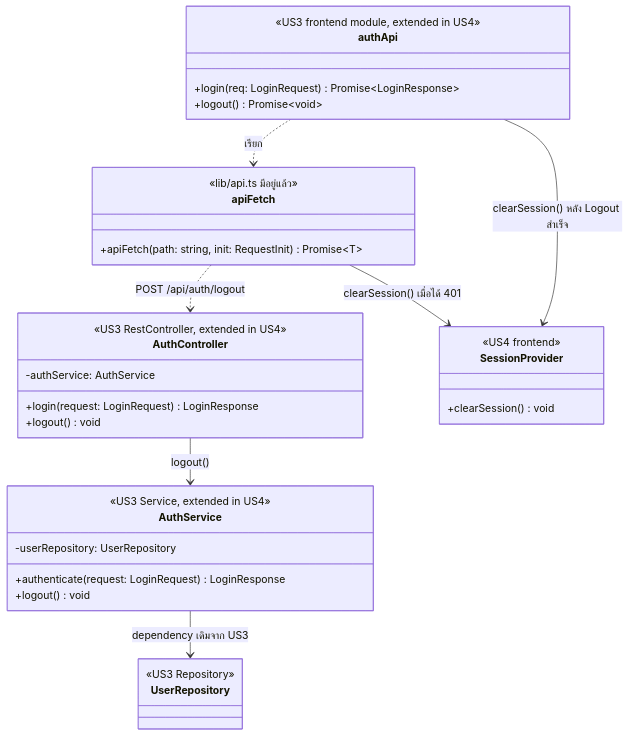
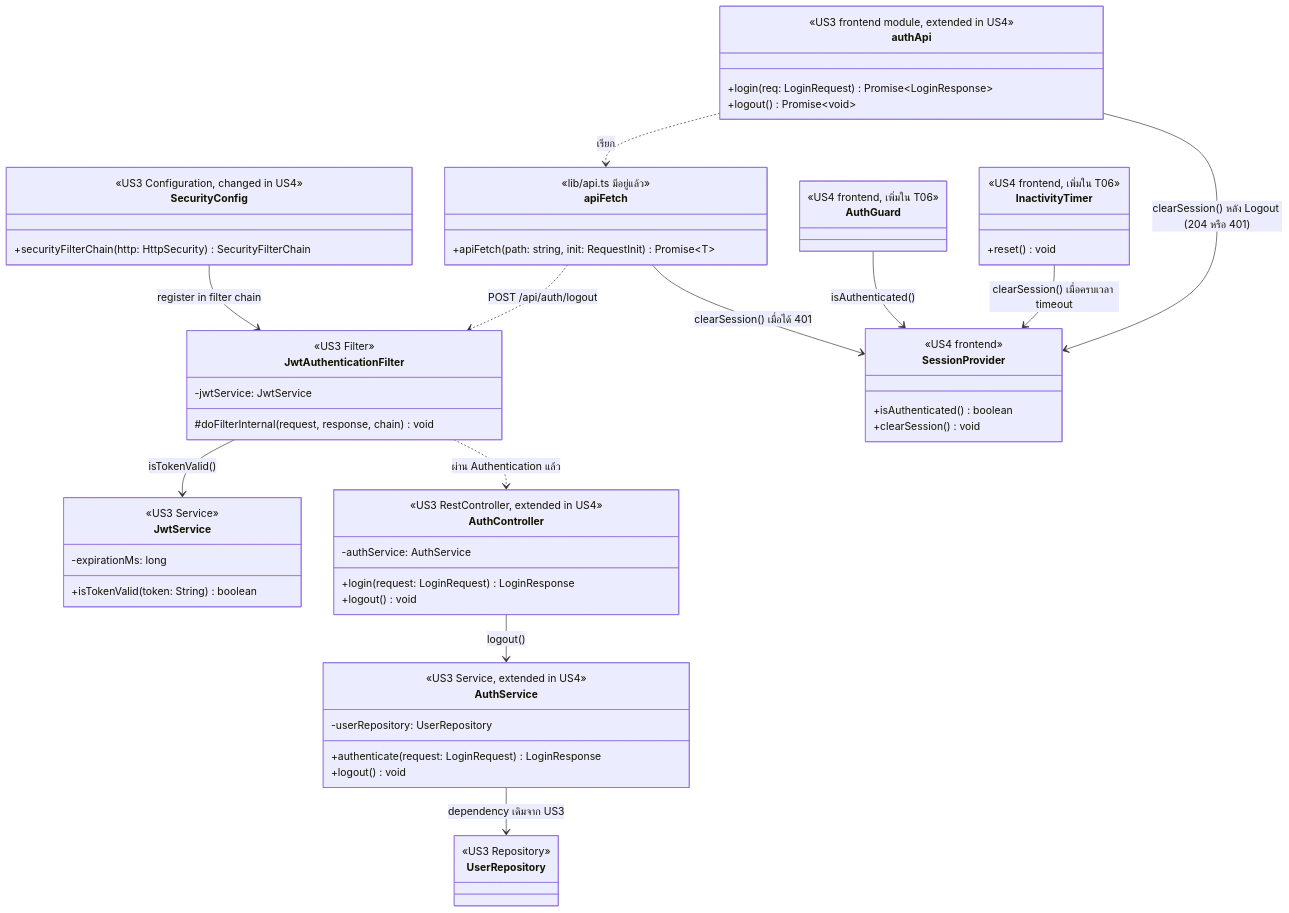
One commit to Non-Sin/CS261-G3-MockTimetableTU changed the diagram in .doc/US4/T06/US4-T06-Extended-API-Class-Diagram.md. Above: the diagram before and after it, drawn with Mermaid. The commit also changed other lines of this file and 3 other files, not shown here.

````diff
--- a/.doc/US4/T06/US4-T06-Extended-API-Class-Diagram.md
+++ b/.doc/US4/T06/US4-T06-Extended-API-Class-Diagram.md
@@ -7,45 +13,77 @@
 ```mermaid
 classDiagram
     direction TB
+
+    class SecurityConfig {
+        <<US3 Configuration, changed in US4>>
+        +securityFilterChain(http: HttpSecurity) SecurityFilterChain
+    }
+
+    class JwtAuthenticationFilter {
+        <<US3 Filter>>
+        -jwtService: JwtService
+        #doFilterInternal(request, response, chain) void
+    }
+
+    class JwtService {
+        <<US3 Service>>
+        -expirationMs: long
+        +isTokenValid(token: String) boolean
+    }
 
     class AuthController {
         <<US3 RestController, extended in US4>>
         -authService: AuthService
         +login(request: LoginRequest) LoginResponse
         +logout() void
     }
 
     class AuthService {
         <<US3 Service, extended in US4>>
         -userRepository: UserRepository
         +authenticate(request: LoginRequest) LoginResponse
         +logout() void
     }
 
     class UserRepository {
         <<US3 Repository>>
     }
 
     class authApi {
         <<US3 frontend module, extended in US4>>
         +login(req: LoginRequest) Promise~LoginResponse~
         +logout() Promise~void~
     }
 
     class apiFetch {
         <<lib/api.ts มีอยู่แล้ว>>
         +apiFetch(path: string, init: RequestInit) Promise~T~
     }
 
     class SessionProvider {
         <<US4 frontend>>
+        +isAuthenticated() boolean
         +clearSession() void
     }
 
+    class AuthGuard {
+        <<US4 frontend, เพิ่มใน T06>>
+    }
+
+    class InactivityTimer {
+        <<US4 frontend, เพิ่มใน T06>>
+        +reset() void
+    }
+
+    SecurityConfig --> JwtAuthenticationFilter : register in filter chain
+    JwtAuthenticationFilter --> JwtService : isTokenValid()
+    JwtAuthenticationFilter ..> AuthController : ผ่าน Authentication แล้ว
     authApi ..> apiFetch : เรียก
-    apiFetch ..> AuthController : POST /api/auth/logout
+    apiFetch ..> JwtAuthenticationFilter : POST /api/auth/logout
     AuthController --> AuthService : logout()
     AuthService --> UserRepository : dependency เดิมจาก US3
-    authApi --> SessionProvider : clearSession() หลัง Logout สำเร็จ
+    authApi --> SessionProvider : clearSession() หลัง Logout (204 หรือ 401)
     apiFetch --> SessionProvider : clearSession() เมื่อได้ 401
+    AuthGuard --> SessionProvider : isAuthenticated()
+    InactivityTimer --> SessionProvider : clearSession() เมื่อครบเวลา timeout
 ```
````
